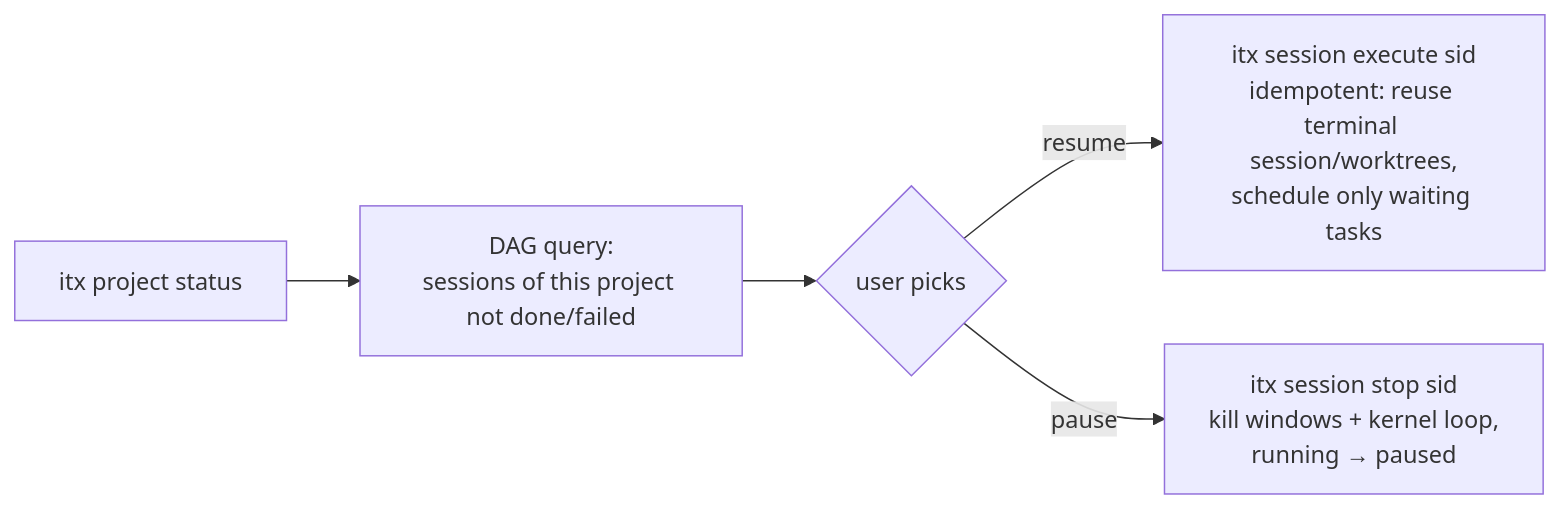
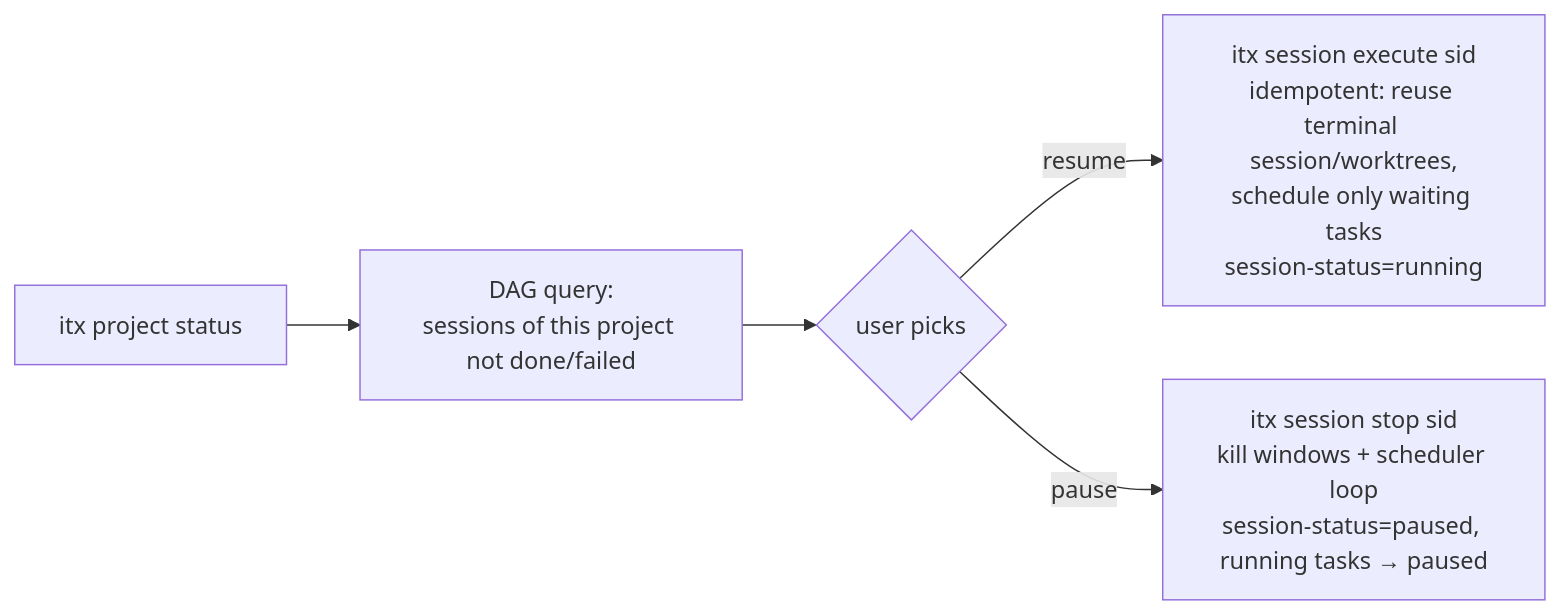
Before and after one commit to ric03uec/itx: the seventh of 7 diagrams in design/arch.md, drawn with Mermaid. The commit also changed other lines of this file and 4 other files, not shown here.

First line of the commit message:
docs: apply design review — single scheduler loop, mandatory worktrees, idempotent execute

````diff
--- a/design/arch.md
+++ b/design/arch.md
@@ -221,7 +250,7 @@
 ```mermaid
 flowchart LR
     A["itx project status"] --> B["DAG query:<br/>sessions of this project not done/failed"]
     B --> C{"user picks"}
-    C -->|resume| D["itx session execute sid<br/>idempotent: reuse terminal session/worktrees,<br/>schedule only waiting tasks"]
-    C -->|pause| E["itx session stop sid<br/>kill windows + kernel loop,<br/>running → paused"]
+    C -->|resume| D["itx session execute sid<br/>idempotent: reuse terminal session/worktrees,<br/>schedule only waiting tasks<br/>session-status=running"]
+    C -->|pause| E["itx session stop sid<br/>kill windows + scheduler loop<br/>session-status=paused, running tasks → paused"]
 ```
````
